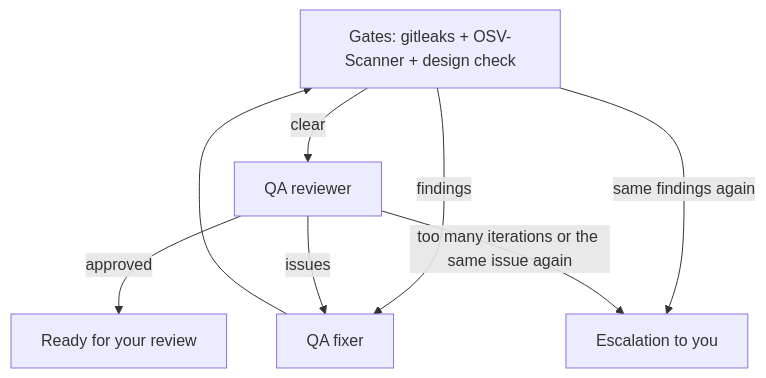
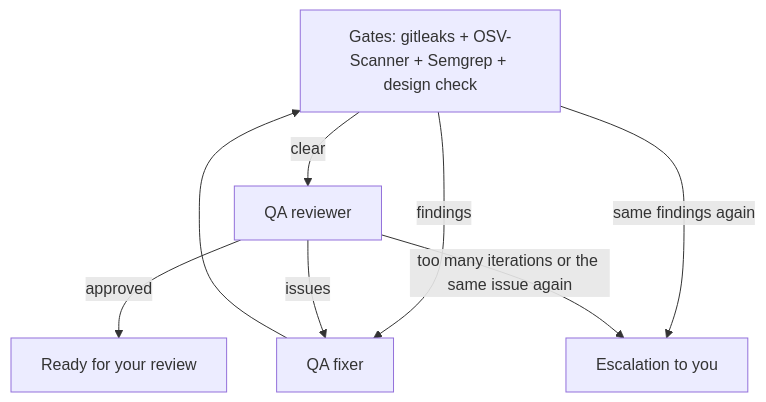
Before and after one commit to KolyaSotnichenko/vibe-teamlead: the diagram in apps/desktop/src/renderer/docs/en/03-pipeline.md, drawn with Mermaid. The commit also changed other lines of this file and 24 other files, not shown here.

````diff
--- a/apps/desktop/src/renderer/docs/en/03-pipeline.md
+++ b/apps/desktop/src/renderer/docs/en/03-pipeline.md
@@ -30,10 +30,10 @@
 ```mermaid
 flowchart TD
-  G["Gates: gitleaks + OSV-Scanner + design check"] -->|"clear"| R["QA reviewer"]
+  G["Gates: gitleaks + OSV-Scanner + Semgrep + design check"] -->|"clear"| R["QA reviewer"]
   G -->|"findings"| F
   G -->|"same findings again"| ESC
   R -->|"approved"| OK["Ready for your review"]
   R -->|"issues"| F["QA fixer"]
   F --> G
   R -->|"too many iterations or the same issue again"| ESC["Escalation to you"]
 ```
````
